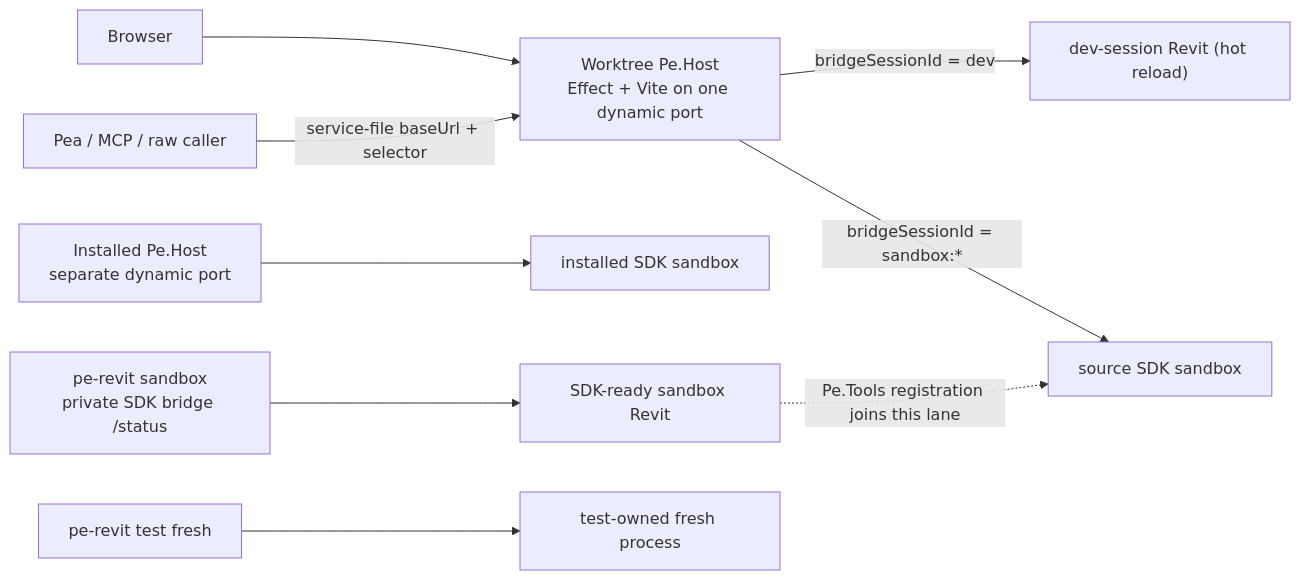
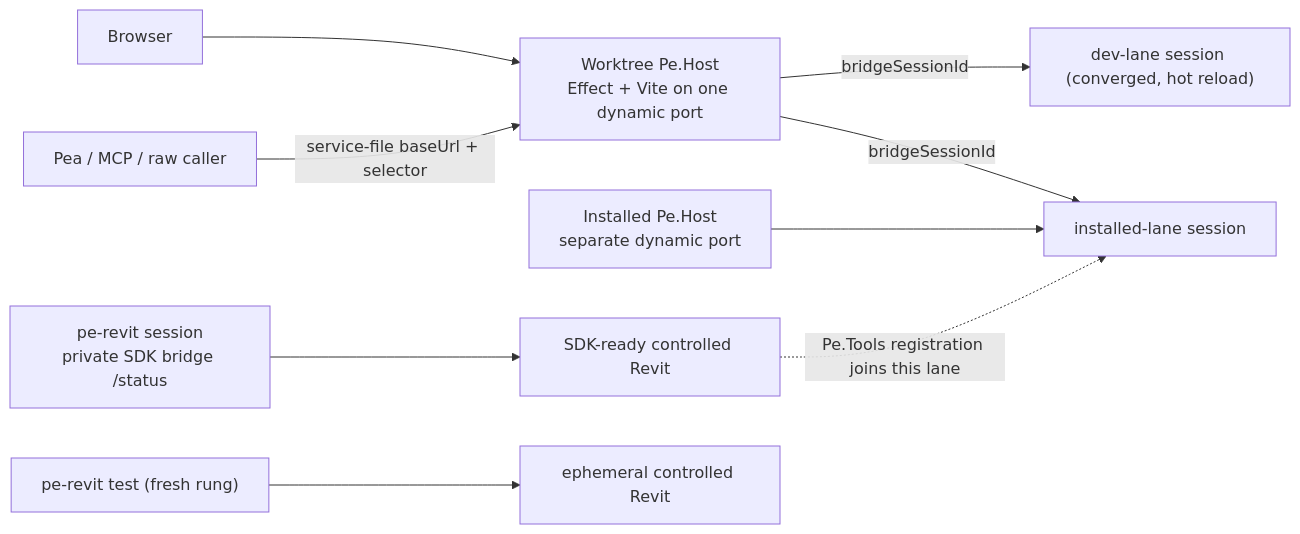
Before and after one commit to positive-energy-labs/Pe.Tools: the diagram in docs/BUILD.md, drawn with Mermaid. The commit also changed other lines of this file and 6 other files, not shown here.

First line of the commit message:
docs(w5b): repo rules speak the SDK session surface

````diff
--- a/docs/BUILD.md
+++ b/docs/BUILD.md
@@ -248,11 +256,11 @@
 ```mermaid
 flowchart LR
   Web["Browser"] --> SourceHost["Worktree Pe.Host<br/>Effect + Vite on one dynamic port"]
   Pea["Pea / MCP / raw caller"] -->|service-file baseUrl + selector| SourceHost
-  SourceHost -->|bridgeSessionId = dev| DevSession["dev-session Revit (hot reload)"]
-  SourceHost -->|bridgeSessionId = sandbox:*| RoutedSandbox["source SDK sandbox"]
-  InstalledHost["Installed Pe.Host<br/>separate dynamic port"] --> InstalledSandbox["installed SDK sandbox"]
-  SDK["pe-revit sandbox<br/>private SDK bridge /status"] --> Sandbox["SDK-ready sandbox Revit"]
-  Fresh["pe-revit test fresh"] --> FreshRevit["test-owned fresh process"]
-  Sandbox -. "Pe.Tools registration joins this lane" .-> RoutedSandbox
+  SourceHost -->|bridgeSessionId| DevSession["dev-lane session (converged, hot reload)"]
+  SourceHost -->|bridgeSessionId| RoutedInstalled["installed-lane session"]
+  InstalledHost["Installed Pe.Host<br/>separate dynamic port"] --> RoutedInstalled
+  SDK["pe-revit session<br/>private SDK bridge /status"] --> Controlled["SDK-ready controlled Revit"]
+  Test["pe-revit test (fresh rung)"] --> FreshRevit["ephemeral controlled Revit"]
+  Controlled -. "Pe.Tools registration joins this lane" .-> RoutedInstalled
 ```
````
